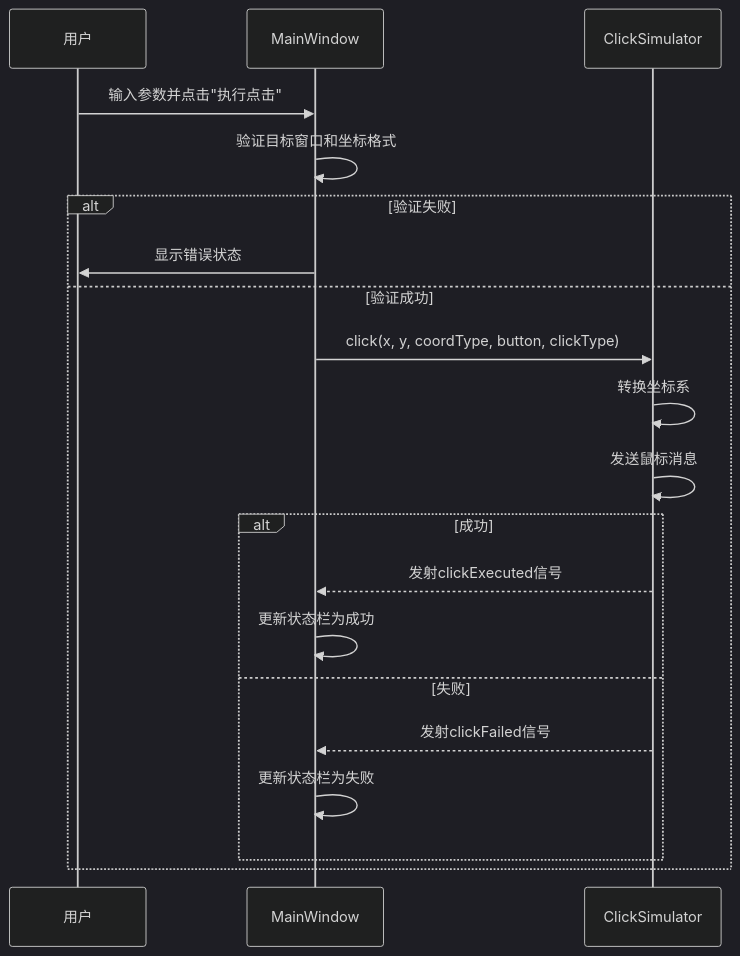
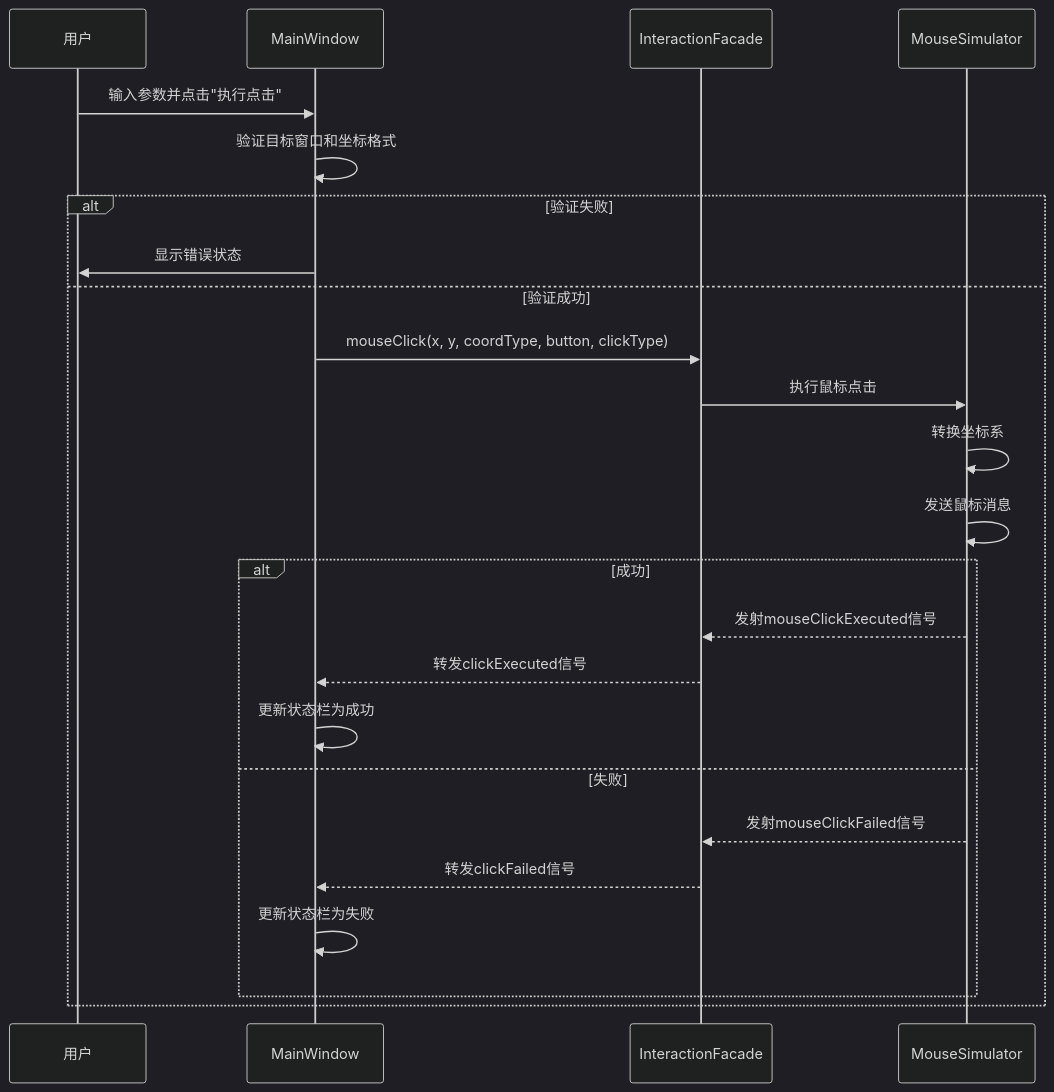
Before and after one commit to KokoiRin/qoder4ymjh: the third of 4 diagrams in .qoder/repowiki/zh/content/功能使用手册/功能使用手册.md, drawn with Mermaid (dark theme). The commit also changed other lines of this file and 23 other files, not shown here.

````diff
--- a/.qoder/repowiki/zh/content/功能使用手册/功能使用手册.md
+++ b/.qoder/repowiki/zh/content/功能使用手册/功能使用手册.md
@@ -113,22 +123,26 @@
 ```mermaid
 sequenceDiagram
 participant 用户
 participant UI as MainWindow
-participant CS as ClickSimulator
+participant IF as InteractionFacade
+participant MS as MouseSimulator
 用户->>UI : 输入参数并点击"执行点击"
 UI->>UI : 验证目标窗口和坐标格式
 alt 验证失败
 UI->>用户 : 显示错误状态
 else 验证成功
-UI->>CS : click(x, y, coordType, button, clickType)
-CS->>CS : 转换坐标系
-CS->>CS : 发送鼠标消息
+UI->>IF : mouseClick(x, y, coordType, button, clickType)
+IF->>MS : 执行鼠标点击
+MS->>MS : 转换坐标系
+MS->>MS : 发送鼠标消息
 alt 成功
-CS-->>UI : 发射clickExecuted信号
+MS-->>IF : 发射mouseClickExecuted信号
+IF-->>UI : 转发clickExecuted信号
 UI->>UI : 更新状态栏为成功
 else 失败
-CS-->>UI : 发射clickFailed信号
+MS-->>IF : 发射mouseClickFailed信号
+IF-->>UI : 转发clickFailed信号
 UI->>UI : 更新状态栏为失败
 end
 end
 ```
````
